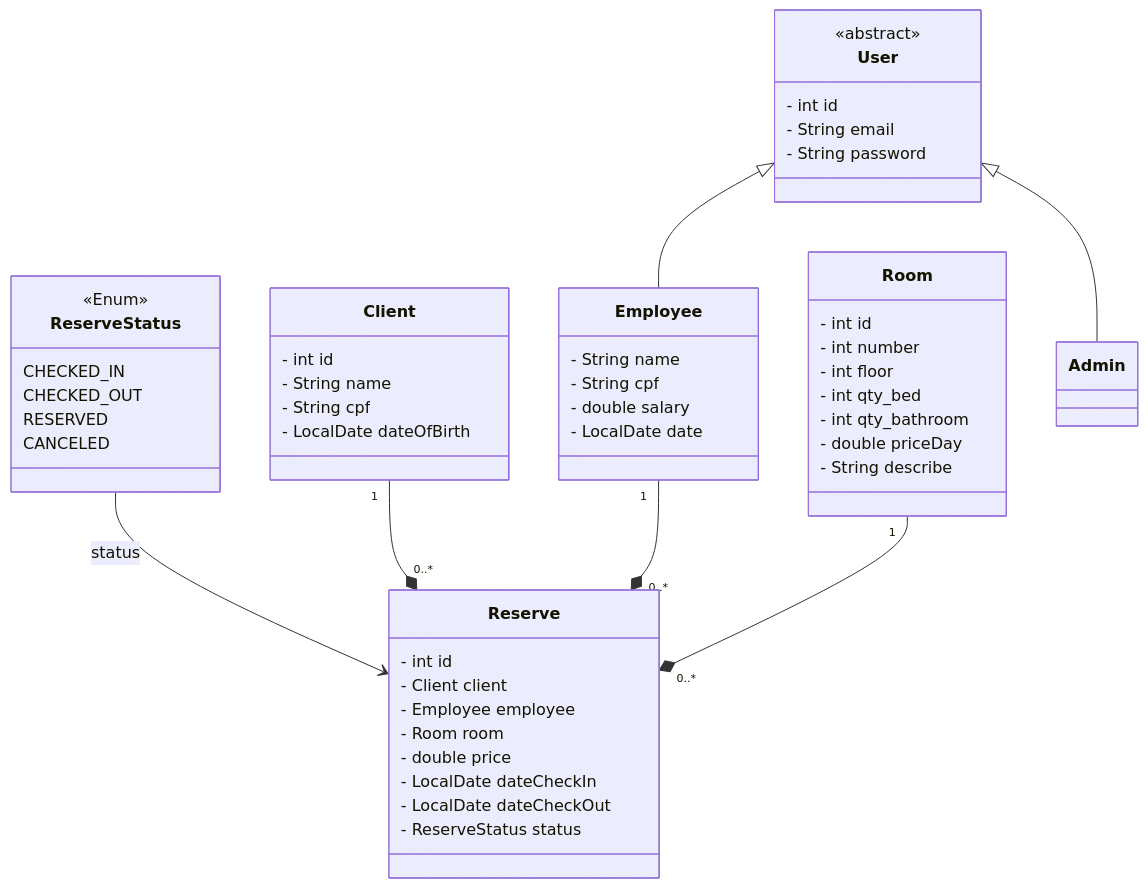
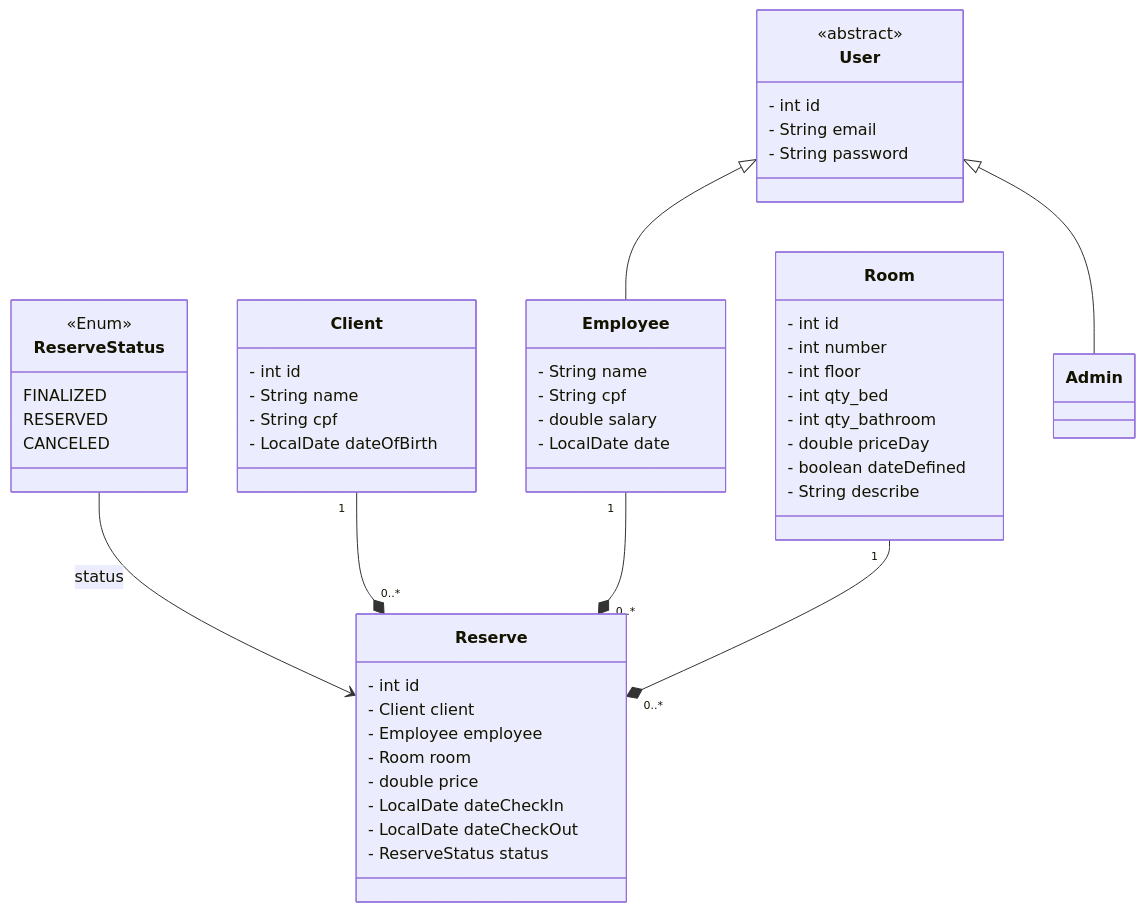
Before and after one commit to VzinCoder/lab-api-rest-nuvem-spring-dio: the diagram in README.md, drawn with Mermaid.

````diff
--- a/README.md
+++ b/README.md
@@ -7,65 +7,65 @@
 ```mermaid
 classDiagram
     class Room {
         - int id
         - int number
         - int floor
         - int qty_bed
         - int qty_bathroom
         - double priceDay
+        - boolean dateDefined
         - String describe
     }
 
     class User {
         <<abstract>>
         - int id
         - String email
         - String password
     }
 
     class Employee {
         - String name
         - String cpf
         - double salary
         - LocalDate date
      }
 
     class Client {
         - int id
         - String name
         - String cpf
         - LocalDate dateOfBirth
     }
 
 
    class  ReserveStatus {
         <<Enum>>
-        CHECKED_IN
-        CHECKED_OUT
+        FINALIZED
         RESERVED
         CANCELED
     }
 
     class Reserve {
         - int id
         - Client client
         - Employee employee
         - Room room
         - double price
         - LocalDate dateCheckIn
         - LocalDate dateCheckOut
         - ReserveStatus status
     }
 
 
 
 
 User <|-- Employee
 User <|-- Admin
 
 ReserveStatus --> Reserve:status
 
 Client "1" --*"0..*" Reserve
 Employee "1" --*"0..*" Reserve
 Room "1"--*"0..*" Reserve
 ```
````
